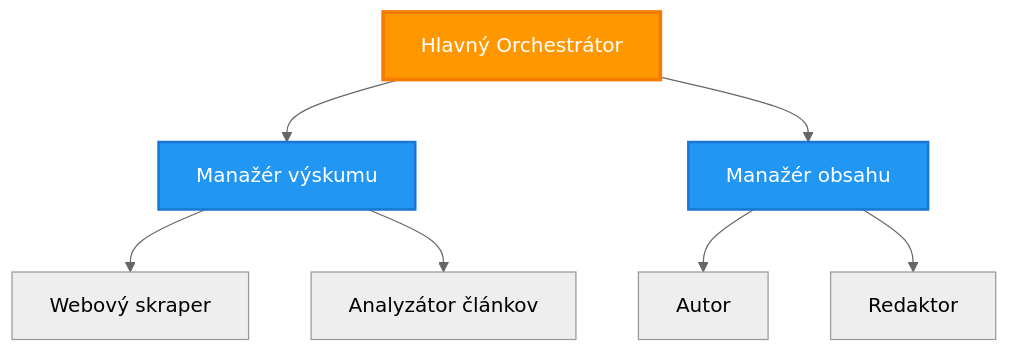
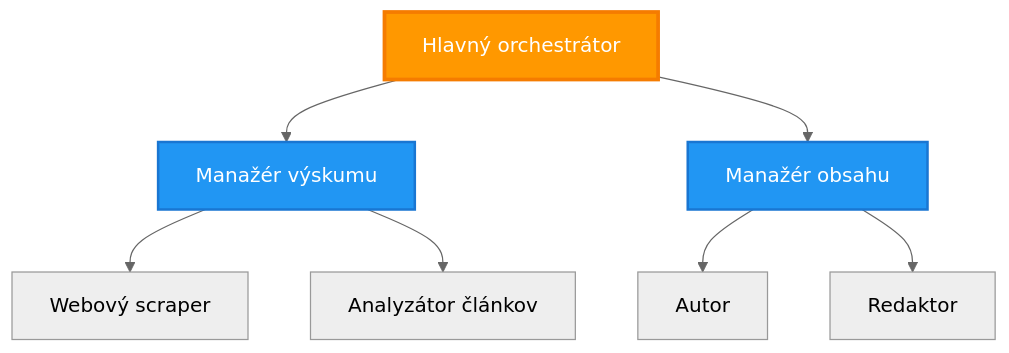
Before and after one commit to microsoft/AZD-for-beginners: the third of 6 diagrams in translations/sk/docs/chapter-06-pre-deployment/coordination-patterns.md, drawn with Mermaid (neutral theme). The commit also changed other lines of this file and 101 other files, not shown here.

````diff
--- a/translations/sk/docs/chapter-06-pre-deployment/coordination-patterns.md
+++ b/translations/sk/docs/chapter-06-pre-deployment/coordination-patterns.md
@@ -149,21 +143,21 @@
 ```mermaid
 graph TB
-    Master[Hlavný Orchestrátor]
+    Master[Hlavný orchestrátor]
     Manager1[Manažér výskumu]
     Manager2[Manažér obsahu]
-    W1[Webový skraper]
+    W1[Webový scraper]
     W2[Analyzátor článkov]
     W3[Autor]
     W4[Redaktor]
     
     Master --> Manager1
     Master --> Manager2
     Manager1 --> W1
     Manager1 --> W2
     Manager2 --> W3
     Manager2 --> W4
     
     style Master fill:#FF9800,stroke:#F57C00,stroke-width:3px,color:#fff
     style Manager1 fill:#2196F3,stroke:#1976D2,stroke-width:2px,color:#fff
     style Manager2 fill:#2196F3,stroke:#1976D2,stroke-width:2px,color:#fff
 ```
````
